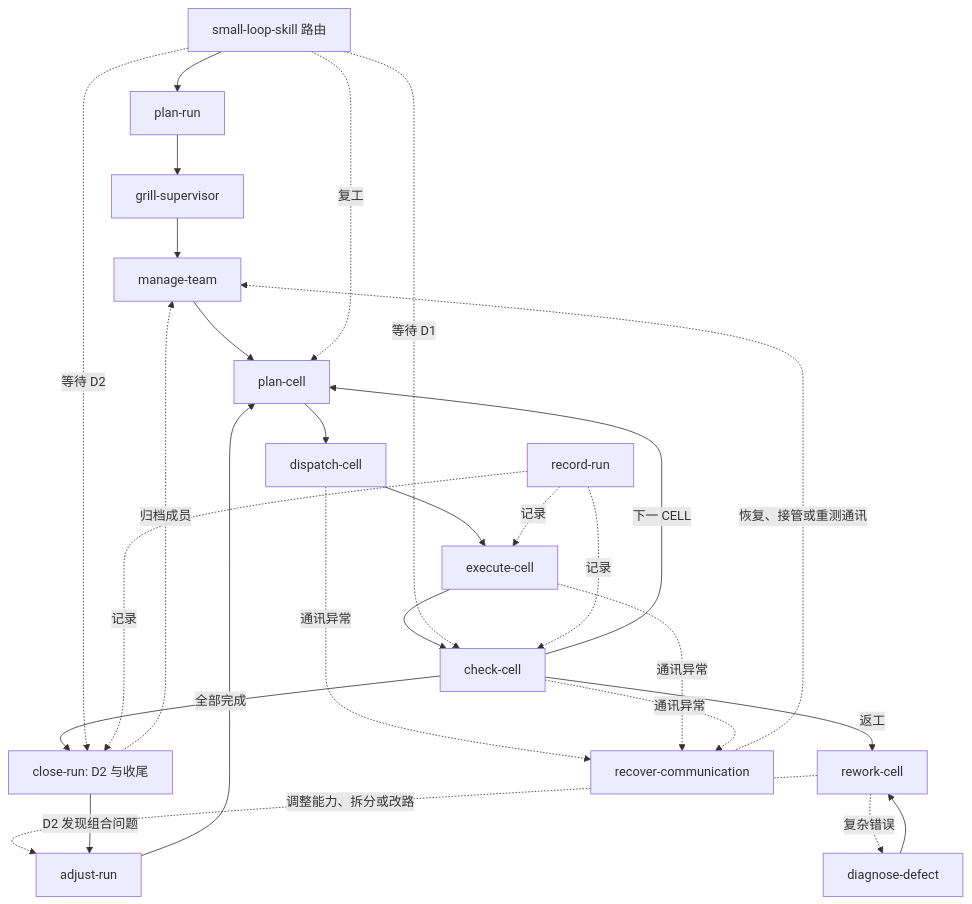
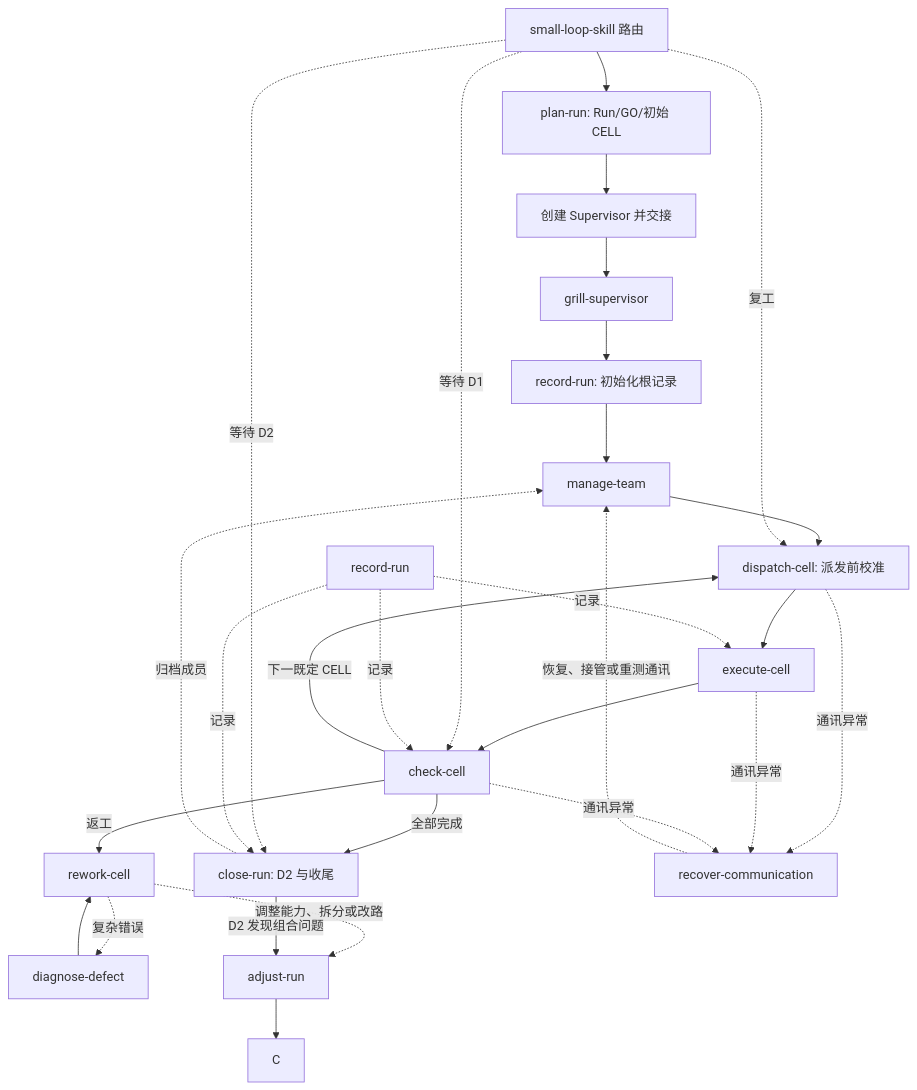
Before and after one commit to DWG7318/small-loop-skill: the diagram in docs/superpowers/specs/2026-08-22-slk-lightweight-skill-collection-design.md, drawn with Mermaid. The commit also changed other lines of this file and 15 other files, not shown here.

````diff
--- a/docs/superpowers/specs/2026-08-22-slk-lightweight-skill-collection-design.md
+++ b/docs/superpowers/specs/2026-08-22-slk-lightweight-skill-collection-design.md
@@ -125,30 +124,31 @@
 ```mermaid
 flowchart TB
     M[small-loop-skill 路由]
-    P[plan-run] --> G[grill-supervisor] --> B[manage-team]
-    B --> C[plan-cell] --> D[dispatch-cell] --> E[execute-cell] --> K[check-cell]
-    K -->|下一 CELL| C
+    P[plan-run: Run/GO/初始 CELL] --> S[创建 Supervisor 并交接] --> G[grill-supervisor]
+    G --> I[record-run: 初始化根记录] --> B[manage-team]
+    B --> D[dispatch-cell: 派发前校准] --> E[execute-cell] --> K[check-cell]
+    K -->|下一既定 CELL| D
     K -->|全部完成| X[close-run: D2 与收尾]
 
     M --> P
-    M -.复工.-> C
+    M -.复工.-> D
     M -.等待 D1.-> K
     M -.等待 D2.-> X
 
     RR[record-run] -.记录.-> E
     RR -.记录.-> K
     RR -.记录.-> X
 
     K -->|返工| RW[rework-cell]
     RW -.复杂错误.-> DF[diagnose-defect]
     RW -.调整能力、拆分或改路.-> RP[adjust-run]
     DF --> RW
     RP --> C
 
     D -.通讯异常.-> RC[recover-communication]
     E -.通讯异常.-> RC
     K -.通讯异常.-> RC
     RC -.恢复、接管或重测通讯.-> B
     X -->|D2 发现组合问题| RP
     X -.归档成员.-> B
 ```
````
